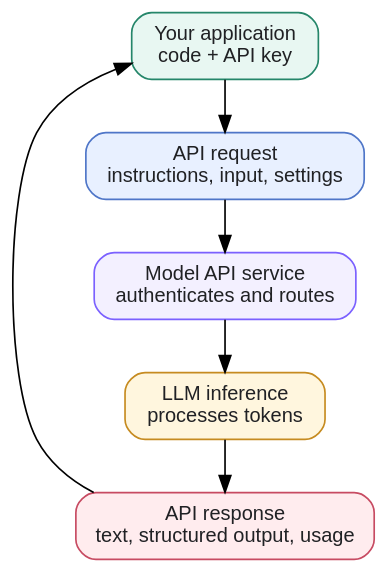
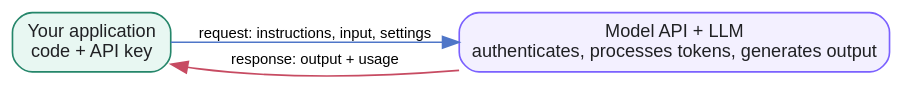
One commit to lngsa1234/my-llm-playground changed the fourth of 5 diagrams in knowledge_base/week-01-llm-fundamentals/concepts.md. Above: the diagram before and after it, drawn with Graphviz.

Commit message:
Compact API flow knowledge base diagram

````diff
--- a/knowledge_base/week-01-llm-fundamentals/concepts.md
+++ b/knowledge_base/week-01-llm-fundamentals/concepts.md
@@ -183,12 +183,10 @@
 ```graphviz
 digraph api_flow {
-  rankdir=LR; bgcolor="transparent"; nodesep=.45; ranksep=.65;
-  node [shape=box style="rounded,filled" fontname="Arial" fontsize=12 fontcolor="#202124" margin=".18,.10"];
+  rankdir=LR; bgcolor="transparent"; nodesep=.35; ranksep=.45;
+  node [shape=box style="rounded,filled" fontname="Arial" fontsize=11 fontcolor="#202124" margin=".14,.08"];
   app [label="Your application\ncode + API key" fillcolor="#E8F7F2" color="#25866A"];
-  request [label="API request\ninstructions, input, settings" fillcolor="#E8F0FF" color="#4F76C8"];
-  service [label="Model API service\nauthenticates and routes" fillcolor="#F3F0FF" color="#7B61FF"];
-  model [label="LLM inference\nprocesses tokens" fillcolor="#FFF6DE" color="#C68B20"];
-  response [label="API response\ntext, structured output, usage" fillcolor="#FFECEE" color="#C74B62"];
-  app -> request -> service -> model -> response -> app [constraint=false];
+  api [label="Model API + LLM\nauthenticates, processes tokens, generates output" fillcolor="#F3F0FF" color="#7B61FF"];
+  app -> api [label="request: instructions, input, settings" fontname="Arial" fontsize=9 color="#4F76C8"];
+  api -> app [label="response: output + usage" fontname="Arial" fontsize=9 color="#C74B62"];
 }
 ```
````
